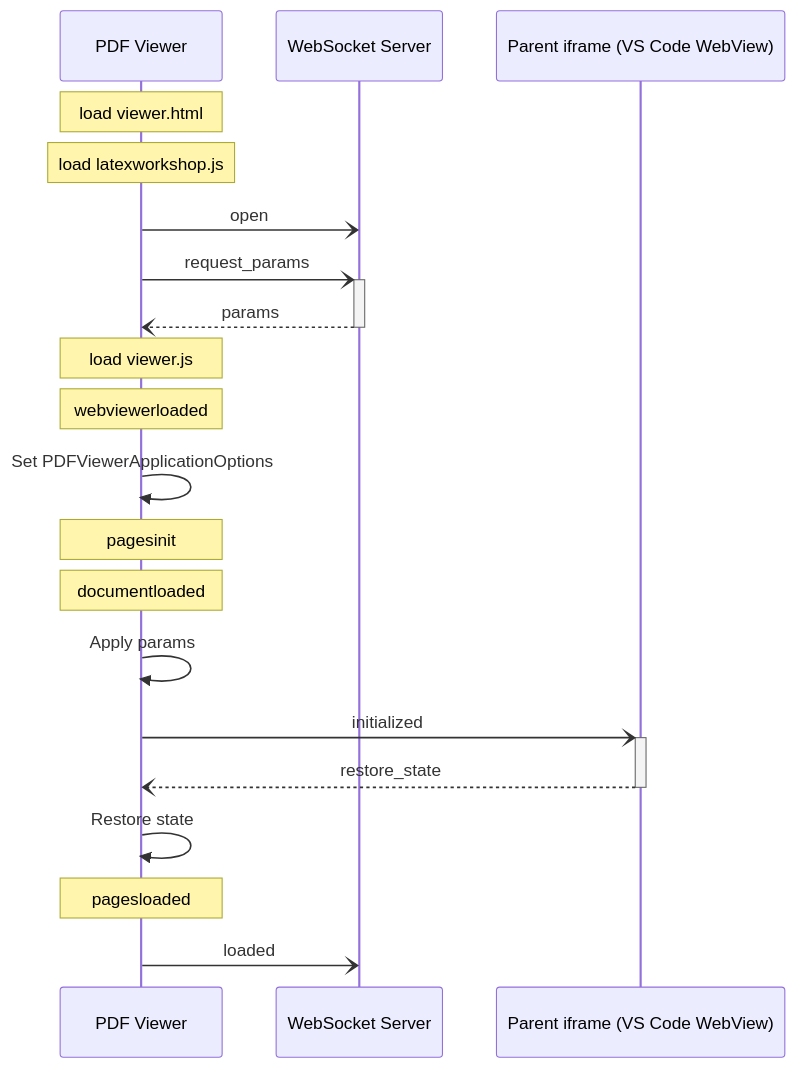
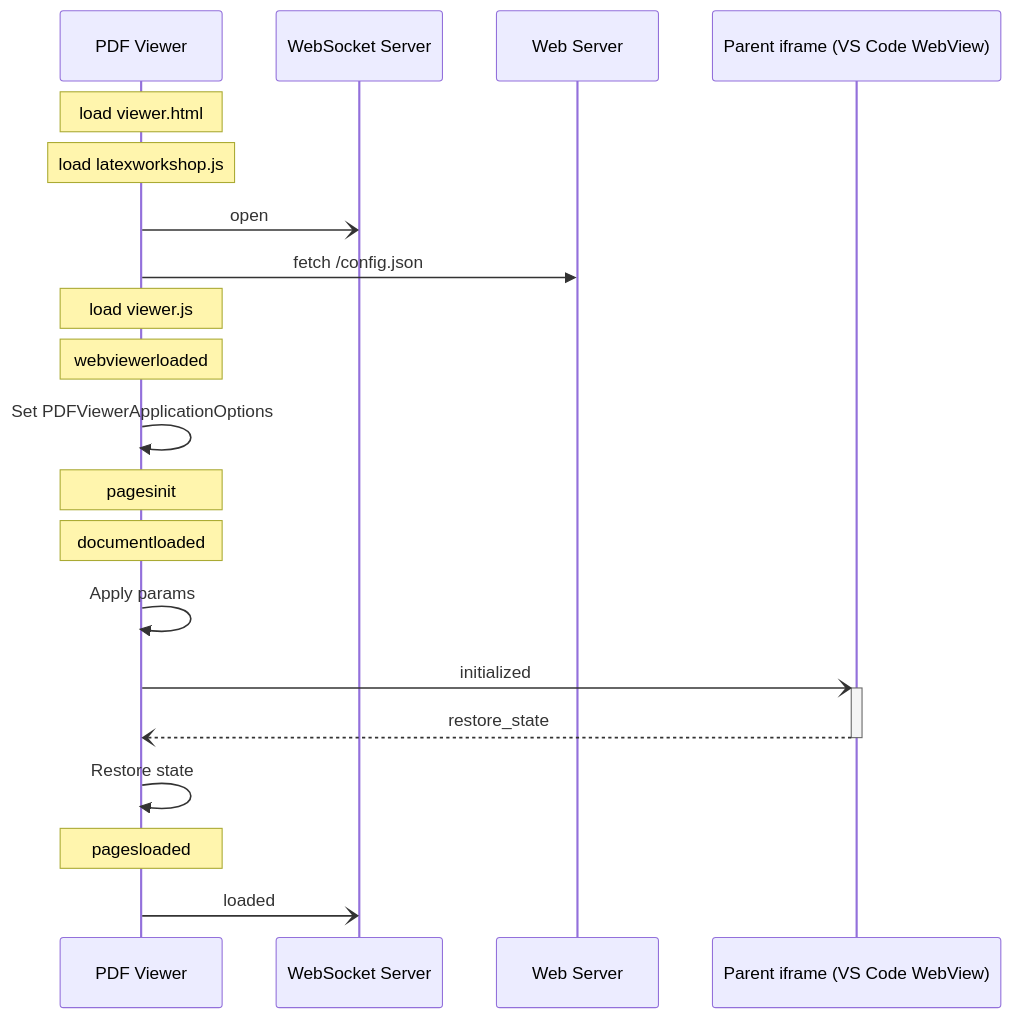
Before and after one commit to James-Yu/LaTeX-Workshop: the fifth of 10 diagrams in viewer/README.md, drawn with Mermaid. The commit also changed other lines of this file and 4 other files, not shown here.

Commit message:
Fetch the settings of the internal PDF viewer through /config.json

````diff
--- a/viewer/README.md
+++ b/viewer/README.md
@@ -128,22 +128,22 @@
 ```mermaid
 sequenceDiagram
   participant Viewer as PDF Viewer
   participant Server as WebSocket Server
+  participant WebServer as Web Server
   participant Iframe as Parent iframe (VS Code WebView)
   Note over Viewer: load viewer.html
   Note over Viewer: load latexworkshop.js
   Viewer-)Server: open
-  Viewer-)+Server: request_params
-  Server--)-Viewer: params
+  Viewer->>WebServer: fetch /config.json
   Note over Viewer: load viewer.js
   Note over Viewer: webviewerloaded
   Viewer->>Viewer: Set PDFViewerApplicationOptions
   Note over Viewer: pagesinit
   Note over Viewer: documentloaded
   Viewer->>Viewer: Apply params
   Viewer-)+Iframe: initialized
   Iframe--)-Viewer: restore_state
   Viewer->>Viewer: Restore state
   Note over Viewer: pagesloaded
   Viewer-)Server: loaded
 ```
````
